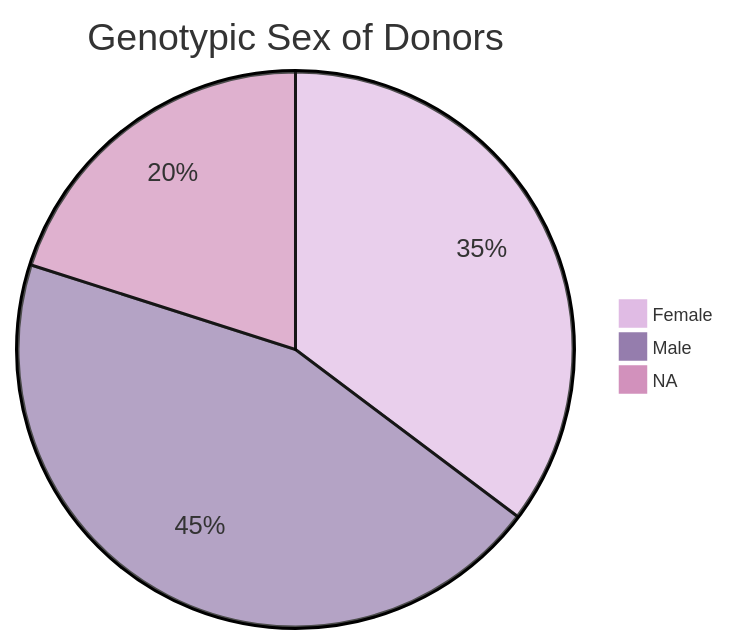
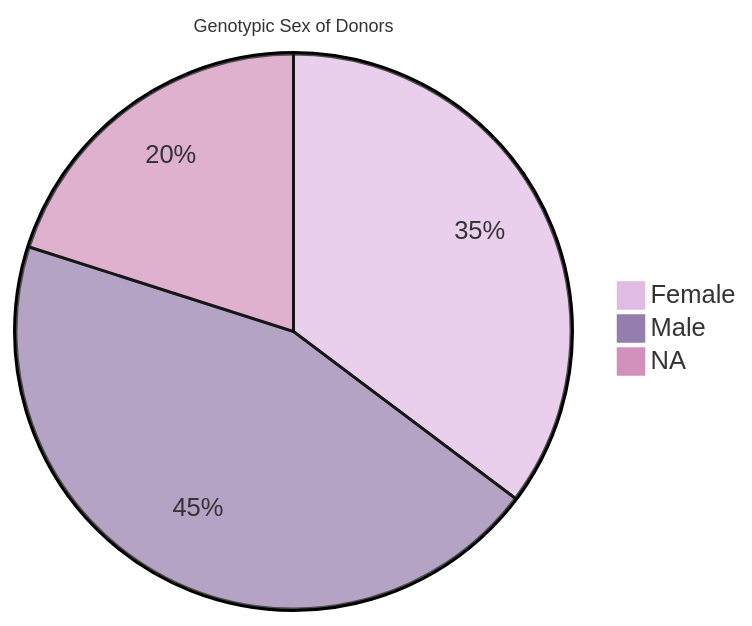
Before and after one commit to progenetix/cancercelllines-web: the diagram in docs/index.md, drawn with Mermaid.

````diff
--- a/docs/index.md
+++ b/docs/index.md
@@ -16,9 +16,9 @@
 ```mermaid
-%%{init: {'theme': 'base', 'themeVariables': {'pieLegendTextSize':'12px',"fontFamily": "arial",'pie1':'#E0BBE4','pie2':'#957DAD','pie3':'#D291BC'}}}%%
+%%{init: {'theme': 'base', 'themeVariables': {'pieTitleTextSize':'12px',"fontFamily": "arial",'pie1':'#E0BBE4','pie2':'#957DAD','pie3':'#D291BC'}}}%%
 pie title Genotypic Sex of Donors
   "Female" : 1486
   "Male" : 1882
   "NA" : 846
 
 
 ```
````
